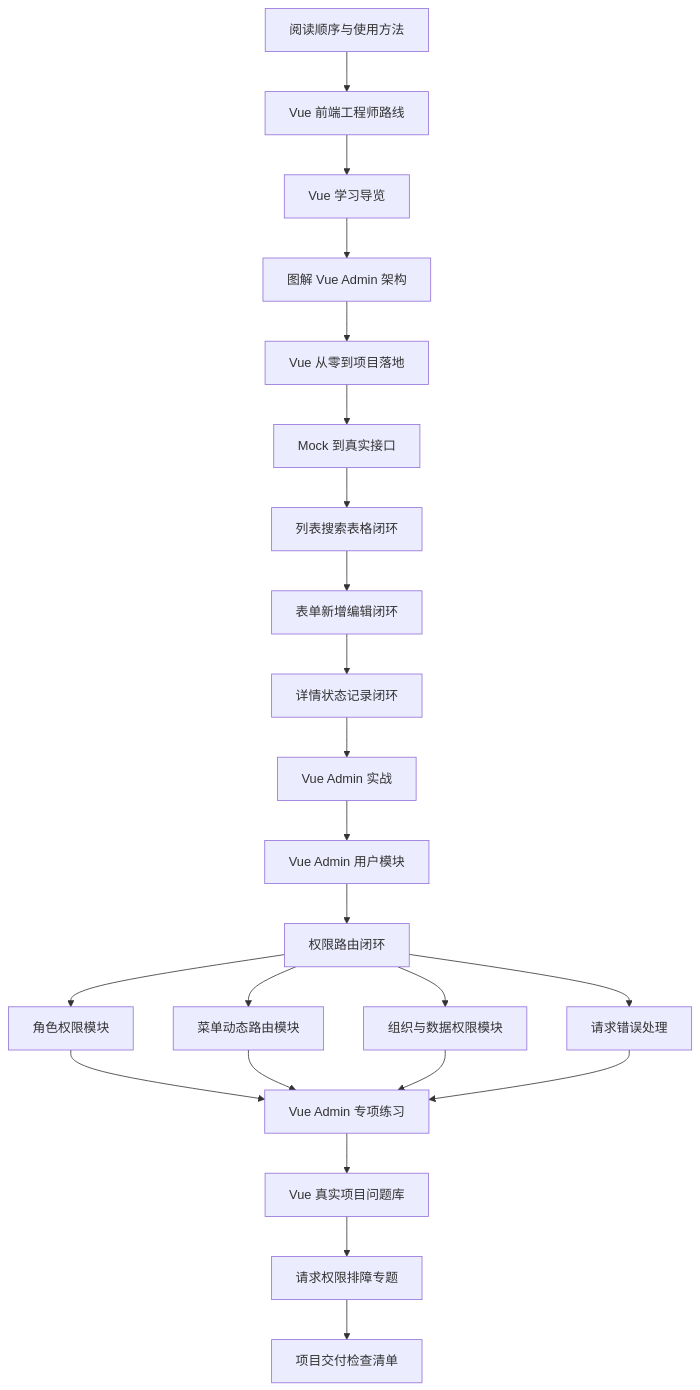
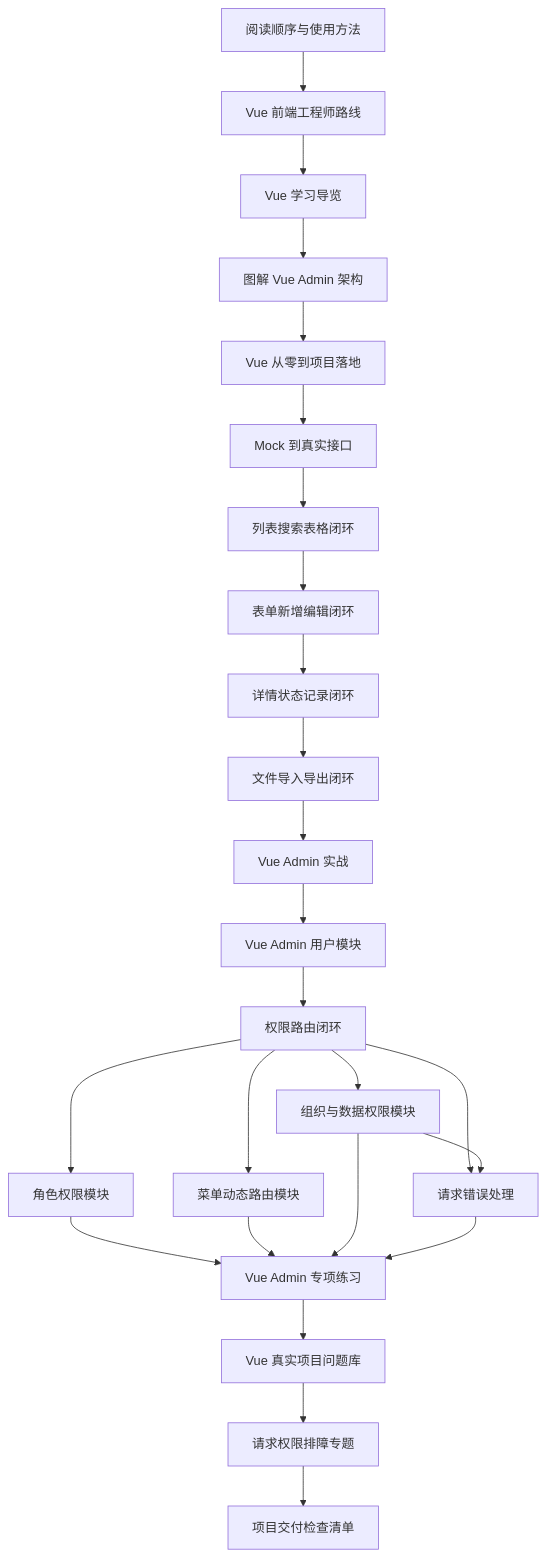
Before and after one commit to yokry-he/yok-study-web: the second of 10 diagrams in docs/roadmap/vue-admin-learning-map.md, drawn with Mermaid. The commit also changed other lines of this file and 12 other files, not shown here.

Commit message:
docs: add Vue Admin file import export guide

````diff
--- a/docs/roadmap/vue-admin-learning-map.md
+++ b/docs/roadmap/vue-admin-learning-map.md
@@ -56,25 +56,27 @@
 ```mermaid
 flowchart TD
   A["阅读顺序与使用方法"] --> B["Vue 前端工程师路线"]
   B --> C["Vue 学习导览"]
   C --> D["图解 Vue Admin 架构"]
   D --> E["Vue 从零到项目落地"]
   E --> F["Mock 到真实接口"]
   F --> G["列表搜索表格闭环"]
   G --> H["表单新增编辑闭环"]
   H --> I["详情状态记录闭环"]
-  I --> J["Vue Admin 实战"]
-  J --> K["Vue Admin 用户模块"]
-  K --> L["权限路由闭环"]
-  L --> M["角色权限模块"]
-  L --> N["菜单动态路由模块"]
-  L --> O["组织与数据权限模块"]
-  L --> P["请求错误处理"]
-  M --> Q["Vue Admin 专项练习"]
-  N --> Q
-  O --> Q
+  I --> J["文件导入导出闭环"]
+  J --> K["Vue Admin 实战"]
+  K --> L["Vue Admin 用户模块"]
+  L --> M["权限路由闭环"]
+  M --> N["角色权限模块"]
+  M --> O["菜单动态路由模块"]
+  M --> P["组织与数据权限模块"]
+  M --> Q["请求错误处理"]
   P --> Q
-  Q --> R["Vue 真实项目问题库"]
-  R --> S["请求权限排障专题"]
-  S --> T["项目交付检查清单"]
+  N --> R["Vue Admin 专项练习"]
+  O --> R
+  P --> R
+  Q --> R
+  R --> S["Vue 真实项目问题库"]
+  S --> T["请求权限排障专题"]
+  T --> U["项目交付检查清单"]
 ```
````
